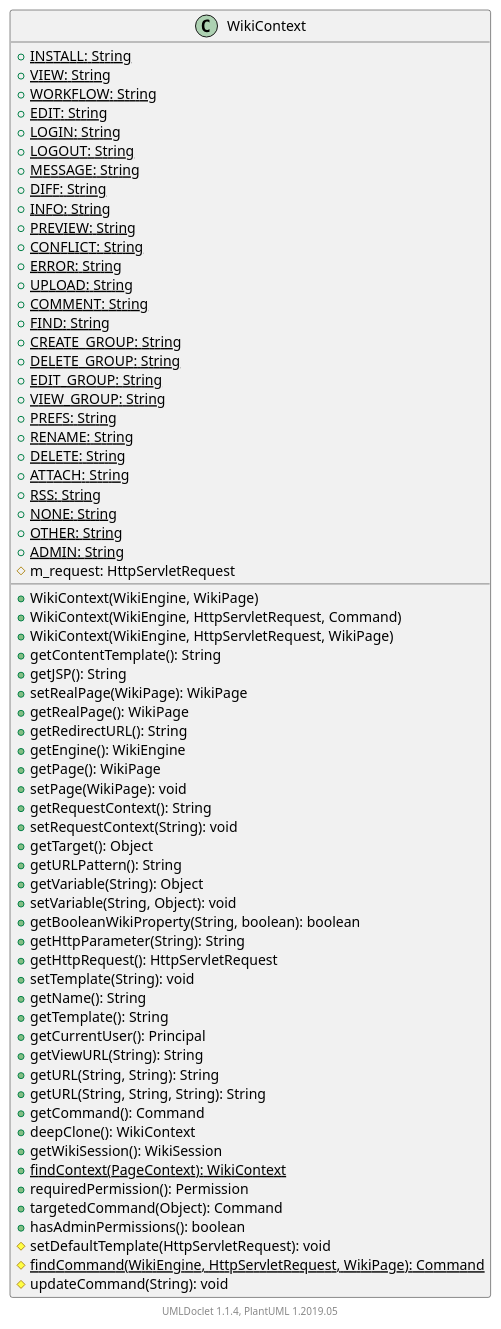
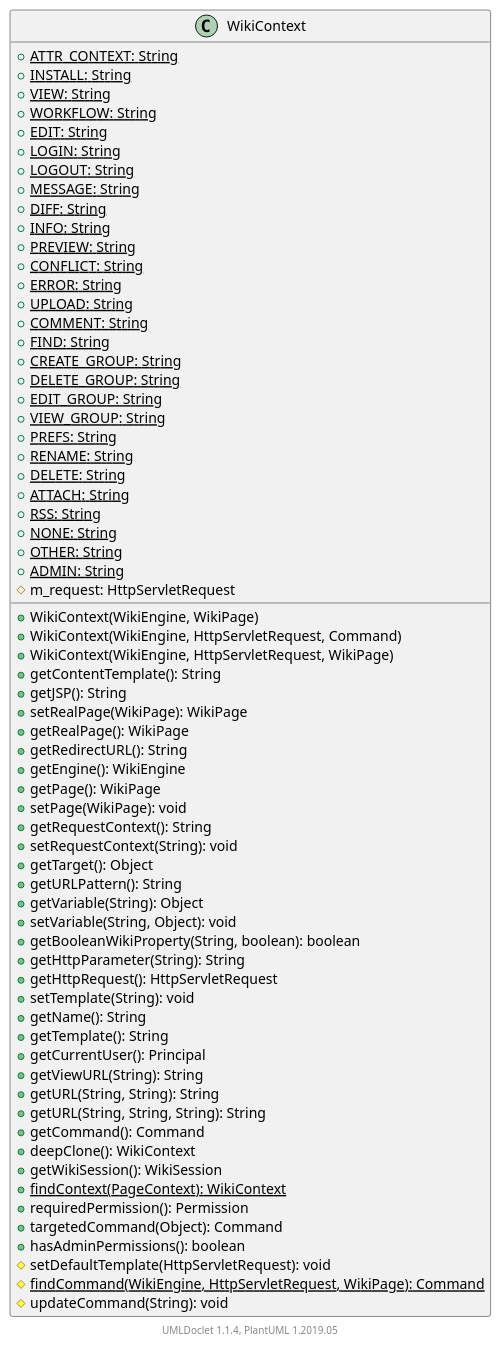
The diagram in apidocs/2.11.0.M7-SNAPSHOT/org/apache/wiki/WikiContext.puml (apache/jspwiki-site), drawn with PlantUML before and after one commit. The commit also changed 1630 other files, not shown here.

```diff
--- a/apidocs/2.11.0.M7-SNAPSHOT/org/apache/wiki/WikiContext.puml
+++ b/apidocs/2.11.0.M7-SNAPSHOT/org/apache/wiki/WikiContext.puml
@@ -1,73 +1,74 @@
 @startuml
 
     class WikiContext [[WikiContext.html]] {
+        {static} +ATTR_CONTEXT: String
         {static} +INSTALL: String
         {static} +VIEW: String
         {static} +WORKFLOW: String
         {static} +EDIT: String
         {static} +LOGIN: String
         {static} +LOGOUT: String
         {static} +MESSAGE: String
         {static} +DIFF: String
         {static} +INFO: String
         {static} +PREVIEW: String
         {static} +CONFLICT: String
         {static} +ERROR: String
         {static} +UPLOAD: String
         {static} +COMMENT: String
         {static} +FIND: String
         {static} +CREATE_GROUP: String
         {static} +DELETE_GROUP: String
         {static} +EDIT_GROUP: String
         {static} +VIEW_GROUP: String
         {static} +PREFS: String
         {static} +RENAME: String
         {static} +DELETE: String
         {static} +ATTACH: String
         {static} +RSS: String
         {static} +NONE: String
         {static} +OTHER: String
         {static} +ADMIN: String
         #m_request: HttpServletRequest
         +WikiContext(WikiEngine, WikiPage)
         +WikiContext(WikiEngine, HttpServletRequest, Command)
         +WikiContext(WikiEngine, HttpServletRequest, WikiPage)
         +getContentTemplate(): String
         +getJSP(): String
         +setRealPage(WikiPage): WikiPage
         +getRealPage(): WikiPage
         +getRedirectURL(): String
         +getEngine(): WikiEngine
         +getPage(): WikiPage
         +setPage(WikiPage): void
         +getRequestContext(): String
         +setRequestContext(String): void
         +getTarget(): Object
         +getURLPattern(): String
         +getVariable(String): Object
         +setVariable(String, Object): void
         +getBooleanWikiProperty(String, boolean): boolean
         +getHttpParameter(String): String
         +getHttpRequest(): HttpServletRequest
         +setTemplate(String): void
         +getName(): String
         +getTemplate(): String
         +getCurrentUser(): Principal
         +getViewURL(String): String
         +getURL(String, String): String
         +getURL(String, String, String): String
         +getCommand(): Command
         +deepClone(): WikiContext
         +getWikiSession(): WikiSession
         {static} +findContext(PageContext): WikiContext
         +requiredPermission(): Permission
         +targetedCommand(Object): Command
         +hasAdminPermissions(): boolean
         #setDefaultTemplate(HttpServletRequest): void
         {static} #findCommand(WikiEngine, HttpServletRequest, WikiPage): Command
         #updateCommand(String): void
     }
 
 
     center footer UMLDoclet 1.1.4, PlantUML 1.2019.05
 @enduml
```
